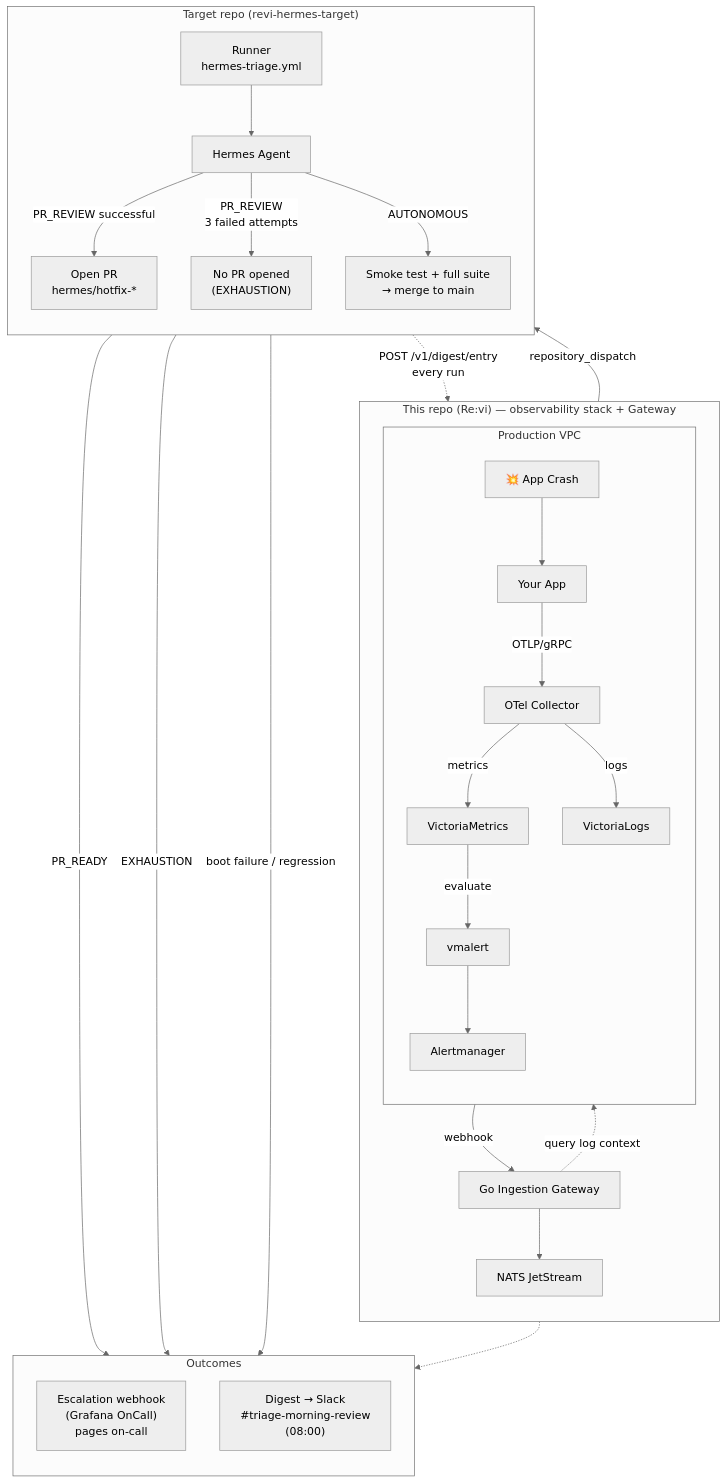
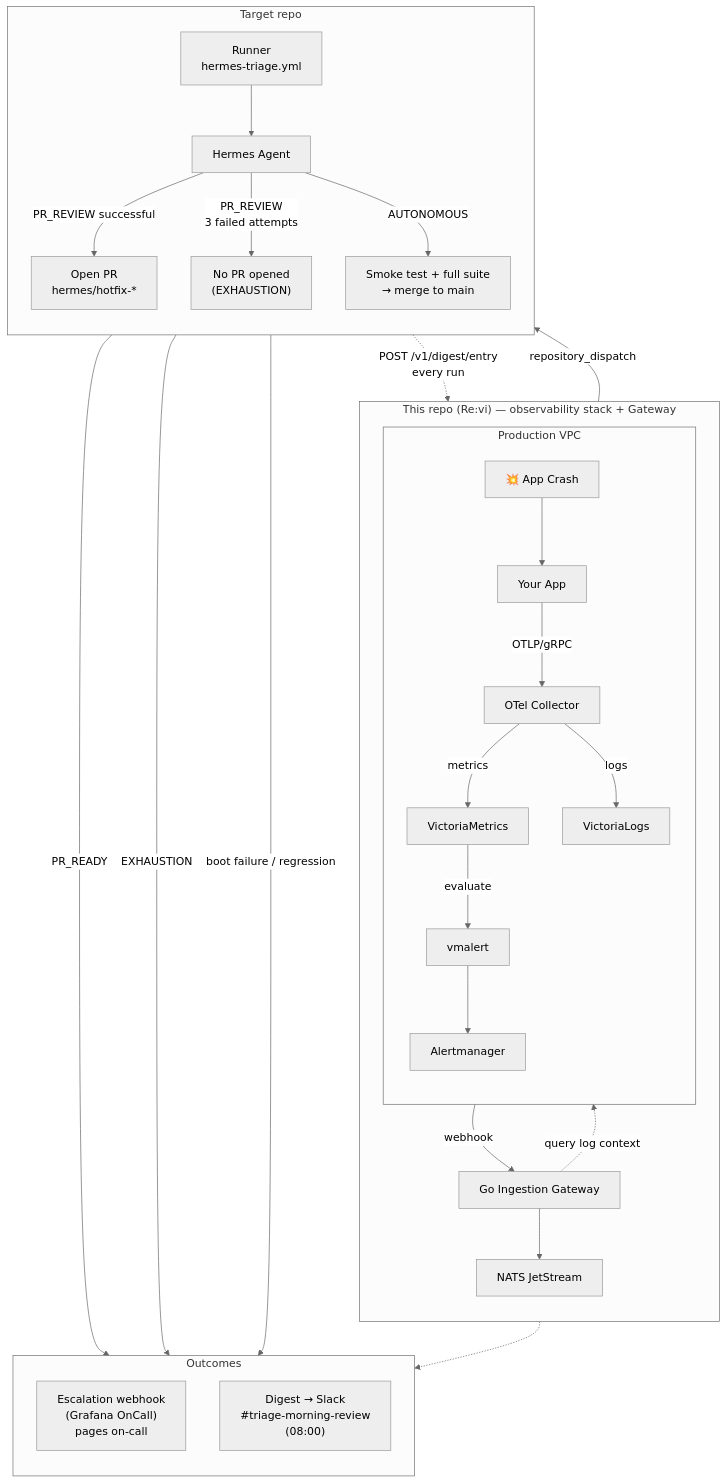
One commit to bookang869/Re-vi changed the diagram in README.md. Above: the diagram before and after it, drawn with Mermaid (neutral theme). The commit also changed 1 other file, not shown here.

Commit message:
docs(benchmark): document harness usage, fix diagram edge ordering
benchmark/README.md gets a "Running the harness" section (build/test/
env vars/subcommands) and notes the global verify.sh serialization and
where independent_verification_passed actually lives, now that
benchmark/harness exists. README.md's architecture diagram moves the
GHA->GW digest-entry edge next to its NATS->GHA dispatch edge instead
of a separate "secondary/feedback paths" section, and drops the
redundant "(revi-hermes-target)" suffix already implied by context.
Also adds revi_observability_metrics_prompt.md, the source spec
docs/observability-part-b.md was scoped down from, referenced by path
in that doc but never actually committed until now.

````diff
--- a/README.md
+++ b/README.md
@@ -85,7 +85,7 @@
     %% =========================
     %% 2. HERMES RUNNER
     %% =========================
-    subgraph TARGETREPO["Target repo (revi-hermes-target)"]
+    subgraph TARGETREPO["Target repo"]
         direction TB
 
         GHA["Runner<br/>hermes-triage.yml"]
@@ -103,6 +103,7 @@
     end
 
     NATS -->|repository_dispatch| GHA
+    GHA -.->|"POST /v1/digest/entry<br/>every run"| GW
 
 
     %% =========================
@@ -119,11 +120,5 @@
     PR -->|PR_READY| ESC
     Exhaustion -->|EXHAUSTION| ESC
     Merge -->|"boot failure / regression"| ESC
-
-
-    %% =========================
-    %% SECONDARY / FEEDBACK PATHS
-    %% =========================
-    GHA -.->|"POST /v1/digest/entry<br/>every run"| GW
     GW -.-> Digest
 ```
````
